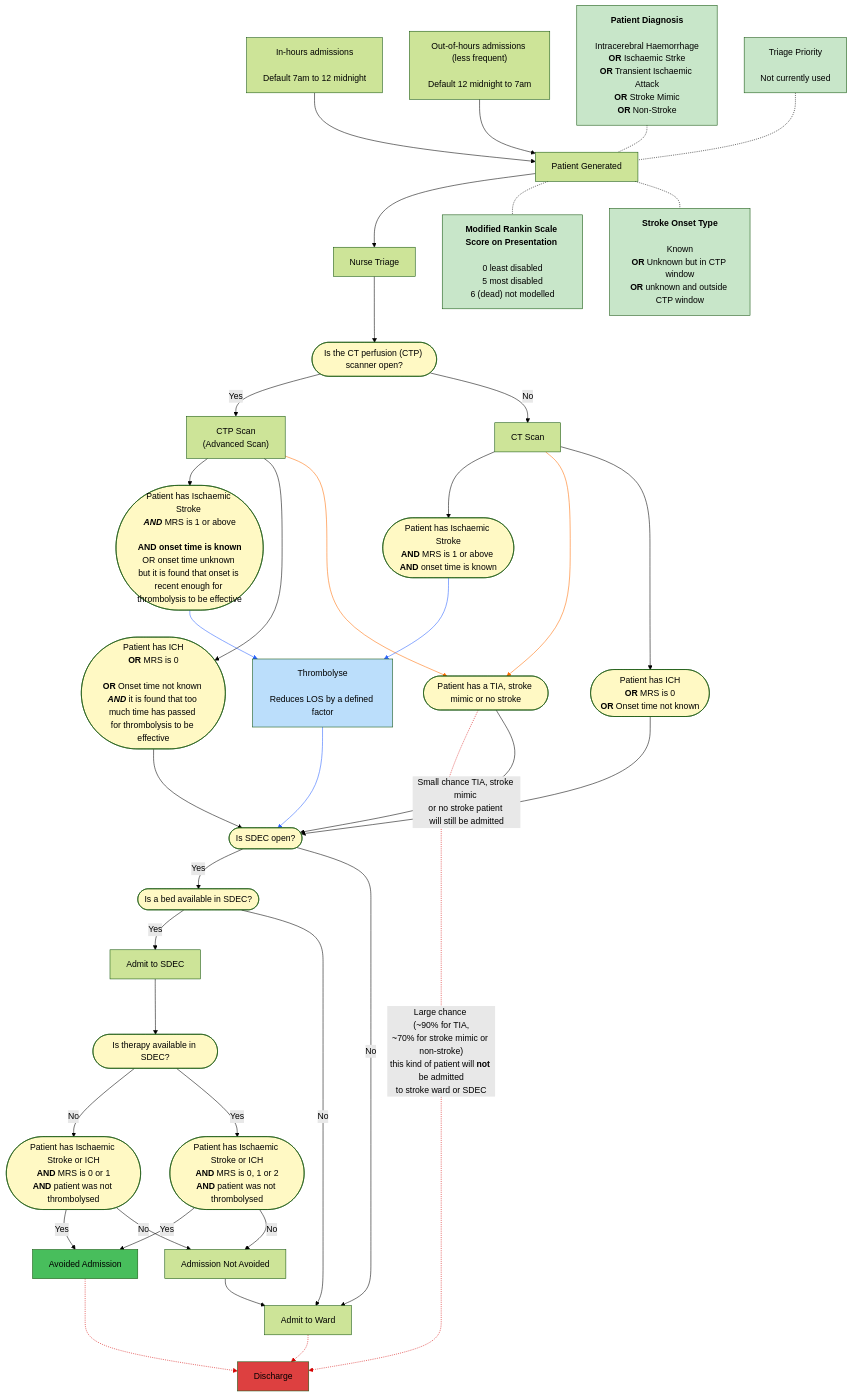
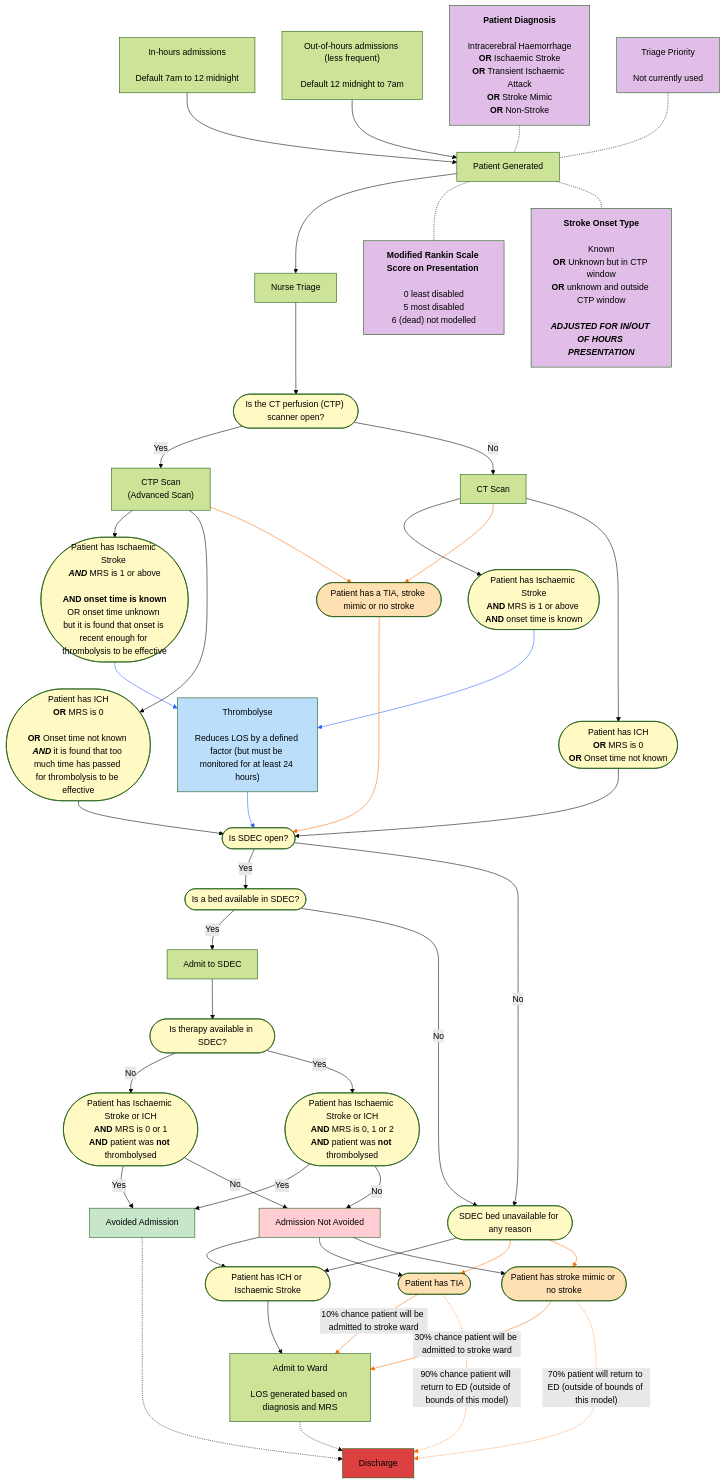
One commit to Bergam0t/jw_hsma_des_stroke_project changed the diagram in docs/diagrams/pathway_diagram.mmd. Above: the diagram before and after it, drawn with Mermaid (forest theme).

Commit message:
fix(pathway_diagram): adjust paths to better reflect TIA/non-stroke (part of #3)

```diff
--- a/docs/diagrams/pathway_diagram.mmd
+++ b/docs/diagrams/pathway_diagram.mmd
@@ -1,60 +1,86 @@
 flowchart TB
     A["In-hours admissions <br><br>Default 7am to 12 midnight"] --> n12["Patient Generated"]
     B["Nurse Triage"] --> C(["Is the CT perfusion (CTP) scanner open?"])
     C -- Yes --> n2["CTP Scan <br>(Advanced Scan)"]
     C -- No --> n3["CT Scan"]
-    n2 --> n4(["Patient has Ischaemic Stroke <br><b><i>AND </i></b>MRS is 1 or above<br><br><b>AND onset time is known</b><br>OR </b>onset time unknown but it is found that onset is <br>recent enough for thrombolysis to be effective" ]) & n18(["Patient has ICH<br><b>OR </b>MRS is 0<br><br><b>OR </b>Onset time not known <br><b><i>AND</i></b> it is found that too much time has passed <br>for thrombolysis to be effective<br>"]) & n19(["Patient has a TIA, stroke mimic or no stroke<br>"])
-    n3 --> n5(["Patient has Ischaemic Stroke<br><b>AND</b> MRS is 1 or above <br><b>AND</b> onset time is known"]) & n19 & n26(["Patient has ICH<br><b>OR</b> MRS is 0<br><b>OR </b>Onset time not known<br>"])
+    n2 --> n4(["Patient has Ischaemic Stroke <br><b><i>AND </i></b>MRS is 1 or above<br><br><b>AND onset time is known</b><br>OR onset time unknown but it is found that onset is <br>recent enough for thrombolysis to be effective"])
+    n2 --> n18(["Patient has ICH<br><b>OR </b>MRS is 0<br><br><b>OR </b>Onset time not known <br><b><i>AND</i></b> it is found that too much time has passed <br>for thrombolysis to be effective<br>"])
+    n2 --> n19(["Patient has a TIA, stroke mimic or no stroke<br>"])
+    n5(["Patient has Ischaemic Stroke<br><b>AND</b> MRS is 1 or above <br><b>AND</b> onset time is known"])
+    n26(["Patient has ICH<br><b>OR</b> MRS is 0<br><b>OR </b>Onset time not known<br>"])
+    n3 --> n5
+    n3 --> n19
+    n3 --> n26
     n6(["Is SDEC open?"]) -- Yes --> n7(["Is a bed available in SDEC?"])
     n7 -- Yes --> n8["Admit to SDEC"]
-    n7 -- No --> n9["Admit to Ward"]
-    n6 -- No --> n9
-    n9 -.-> n11["Discharge"]
+    n6 -- No --> n30(["SDEC bed unavailable for any reason"])
+    n9["Admit to Ward<br><br>LOS generated based on diagnosis and MRS"] -.-> n11["Discharge"]
     n8 --> n20(["Is therapy available in SDEC?"])
     n1["Out-of-hours admissions (less frequent)<br><br>Default 12 midnight to 7am"] --> n12
     n12 --> B
-    n12 -.- n13["<b>Modified Rankin Scale Score on Presentation <br></b><br>0 least disabled<br>5 most disabled<br>6 (dead) not modelled"] & n14["<b>Stroke Onset Type<br></b><br>Known<br><b>OR</b> Unknown but in CTP window<br><b>OR</b> unknown and outside CTP window"]
-    n15["<b>Patient Diagnosis<br></b><br>Intracerebral Haemorrhage<br><b>OR</b> Ischaemic Strke<br><b>OR</b> Transient Ischaemic Attack<br><b>OR</b> Stroke Mimic<br><b>OR</b> Non-Stroke"] -.- n12
+    n12 -.- n13["<b>Modified Rankin Scale Score on Presentation <br></b><br>0 least disabled<br>5 most disabled<br>6 (dead) not modelled"]
+    n12 -.- n14["<b>Stroke Onset Type<br></b><br>Known<br><b>OR</b> Unknown but in CTP window<br><b>OR</b> unknown and outside CTP window<br><br><b><i>ADJUSTED FOR IN/OUT OF HOURS PRESENTATION</i></b>"]
+    n15["<b>Patient Diagnosis<br></b><br>Intracerebral Haemorrhage<br><b>OR</b> Ischaemic Stroke<br><b>OR</b> Transient Ischaemic Attack<br><b>OR</b> Stroke Mimic<br><b>OR</b> Non-Stroke"] -.- n12
     n16["Triage Priority <br><br>Not currently used"] -.- n12
-    n4 --> n17["Thrombolyse<br><br>Reduces LOS by a defined factor"]
+    n4 --> n17["Thrombolyse<br><br>Reduces LOS by a defined factor (but must be monitored for at least 24 hours)"]
     n5 --> n17
     n17 --> n6
     n18 --> n6
-    n19 -. "Large chance </br>(~90% for TIA,</br>~70% for stroke mimic or non-stroke)</br>this kind of patient will <b>not</b> be admitted</br>to stroke ward or SDEC" .-> n11
-    n19 -- Small chance TIA, stroke mimic <br>or no stroke patient <br>will still be admitted --> n6
-    n20 -- No --> n21(["Patient has Ischaemic Stroke or ICH<br><b>AND </b>MRS is 0 or 1<b><br>AND </b>patient was not thrombolysed"])
-    n20 -- Yes --> n22(["Patient has Ischaemic Stroke or ICH<br><b>AND </b>MRS is 0, 1 or 2<br><b>AND </b>patient was not thrombolysed"])
-    n21 -- Yes --> n23["Avoided Admission"]
-    n21 -- No --> n25["Admission Not Avoided"]
-    n22 -- Yes --> n23
+    n20 -- "No" --> n21(["Patient has Ischaemic Stroke or ICH<br><b>AND </b>MRS is 0 or 1<b><br>AND </b>patient was <b>not</b> thrombolysed"])
+    n20 -- "Yes" --> n22(["Patient has Ischaemic Stroke or ICH<br><b>AND </b>MRS is 0, 1 or 2<br><b>AND </b>patient was <b>not</b> thrombolysed"])
+    n21 -- "Yes" --> n23["Avoided Admission"]
+    n21 -- "No" --> n25["Admission Not Avoided"]
+    n22 -- "Yes" --> n23
     n23 -.-> n11
-    n22 -- No --> n25
-    n25 --> n9
+    n22 -- "No" --> n25
     n26 --> n6
+    n19 --> n6
+    n30 -- <br> --> n27(["Patient has ICH or Ischaemic Stroke"])
+    n30 --> n28(["Patient has TIA"])
+    n30 --> n29(["Patient has stroke mimic or no stroke"])
+    n28 -- "10% chance patient will be admitted to stroke ward" --> n9
+    n28 -. "90% chance patient will return to ED (outside of bounds of this model)" .-> n11
+    n27 --> n9
+    n29 -- "30% chance patient will be admitted to stroke ward" --> n9
+    n29 -. "70% patient will return to ED (outside of bounds of this model)" .-> n11
+    n7 -- "No" --> n30
+    n25 --> n27
+    n25 --> n28
+    n25 --> n29
 
     style C fill:#FFF9C4
     style n4 fill:#FFF9C4
     style n18 fill:#FFF9C4
-    style n19 fill:#FFF9C4
+    style n19 fill:#FFE0B2
     style n5 fill:#FFF9C4
     style n26 fill:#FFF9C4
     style n6 fill:#FFF9C4
     style n7 fill:#FFF9C4
+    style n30 fill:#FFF9C4
     style n11 fill:#DD4040
     style n20 fill:#FFF9C4
-    style n13 fill:#C8E6C9
-    style n14 fill:#C8E6C9
-    style n15 fill:#C8E6C9
-    style n16 fill:#C8E6C9
+    style n13 fill:#E1BEE7
+    style n14 fill:#E1BEE7
+    style n15 fill:#E1BEE7
+    style n16 fill:#E1BEE7
     style n17 fill:#BBDEFB
     style n21 fill:#FFF9C4
     style n22 fill:#FFF9C4
-    style n23 fill:#48BE5C
+    style n23 fill:#C8E6C9
+    style n25 fill:#FFCDD2
+    style n27 fill:#FFF9C4
+    style n28 fill:#FFE0B2
+    style n29 fill:#FFE0B2
     linkStyle 6 stroke:#FF6D00,fill:none
     linkStyle 8 stroke:#FF6D00,fill:none
-    linkStyle 14 stroke:#D50000,fill:none
+    linkStyle 21 stroke:#2962FF,fill:none
     linkStyle 22 stroke:#2962FF,fill:none
     linkStyle 23 stroke:#2962FF,fill:none
-    linkStyle 24 stroke:#2962FF,fill:none
-    linkStyle 26 stroke:#D50000,fill:none
-    linkStyle 33 stroke:#D50000,fill:none
+    linkStyle 33 stroke:#FF6D00,fill:none
+    linkStyle 34 stroke:#000000,fill:none
+    linkStyle 35 stroke:#FF6D00,fill:none
+    linkStyle 36 stroke:#FF6D00,fill:none
+    linkStyle 37 stroke:#FF6D00,fill:none
+    linkStyle 38 stroke:#FF6D00,fill:none
+    linkStyle 40 stroke:#FF6D00,fill:none
+    linkStyle 41 stroke:#FF6D00,fill:none
```
